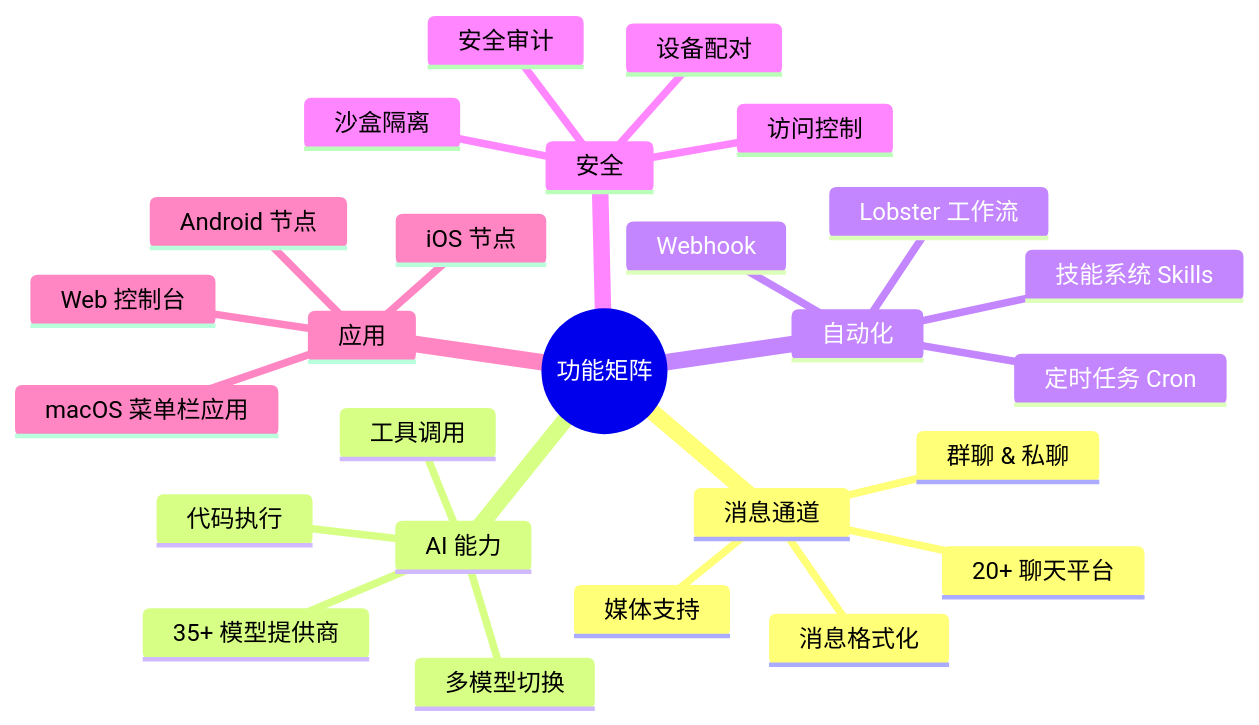
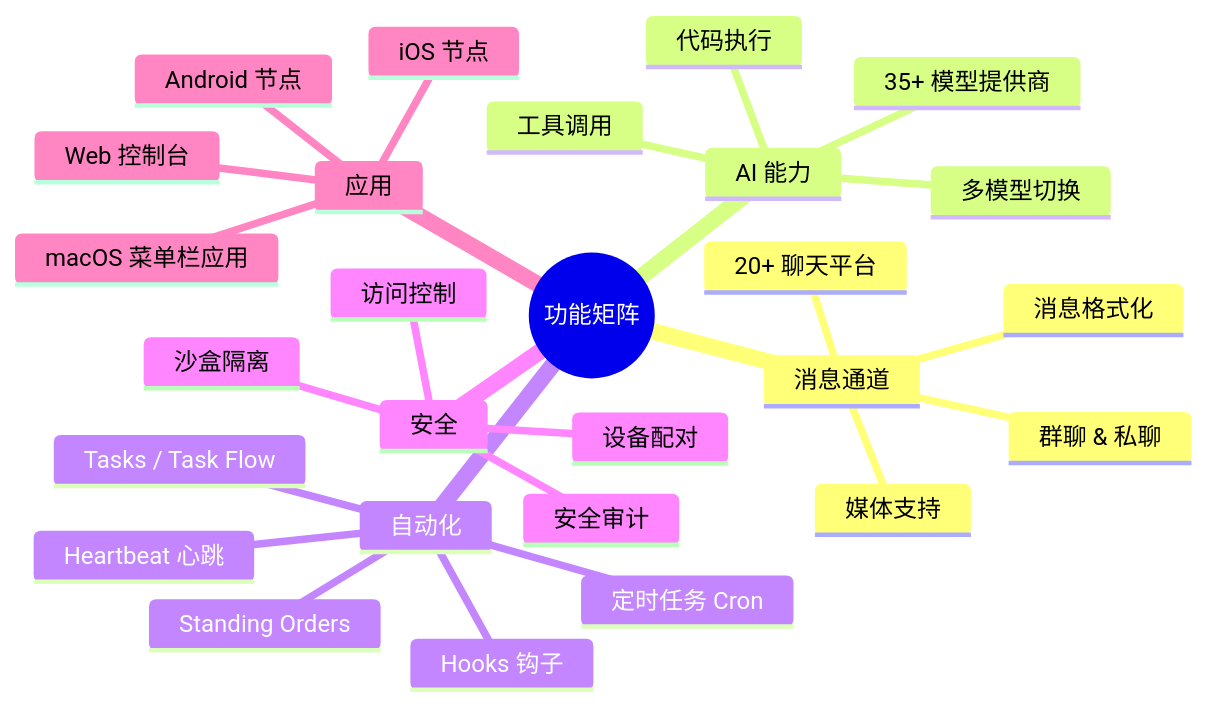
The fourth of 4 diagrams in learn/01-introduction.md (Cleam/openclaw), drawn with Mermaid before and after one commit. The commit also changed other lines of this file and 6 other files, not shown here.

````diff
--- a/learn/01-introduction.md
+++ b/learn/01-introduction.md
@@ -161,29 +161,30 @@
 ```mermaid
 mindmap
   root((功能矩阵))
     消息通道
       20+ 聊天平台
       群聊 & 私聊
       媒体支持
       消息格式化
     AI 能力
       35+ 模型提供商
       多模型切换
       工具调用
       代码执行
     自动化
       定时任务 Cron
-      Lobster 工作流
-      Webhook
-      技能系统 Skills
+      Heartbeat 心跳
+      Hooks 钩子
+      Tasks / Task Flow
+      Standing Orders
     安全
       设备配对
       访问控制
       沙盒隔离
       安全审计
     应用
       Web 控制台
       macOS 菜单栏应用
       iOS 节点
       Android 节点
 ```
````
